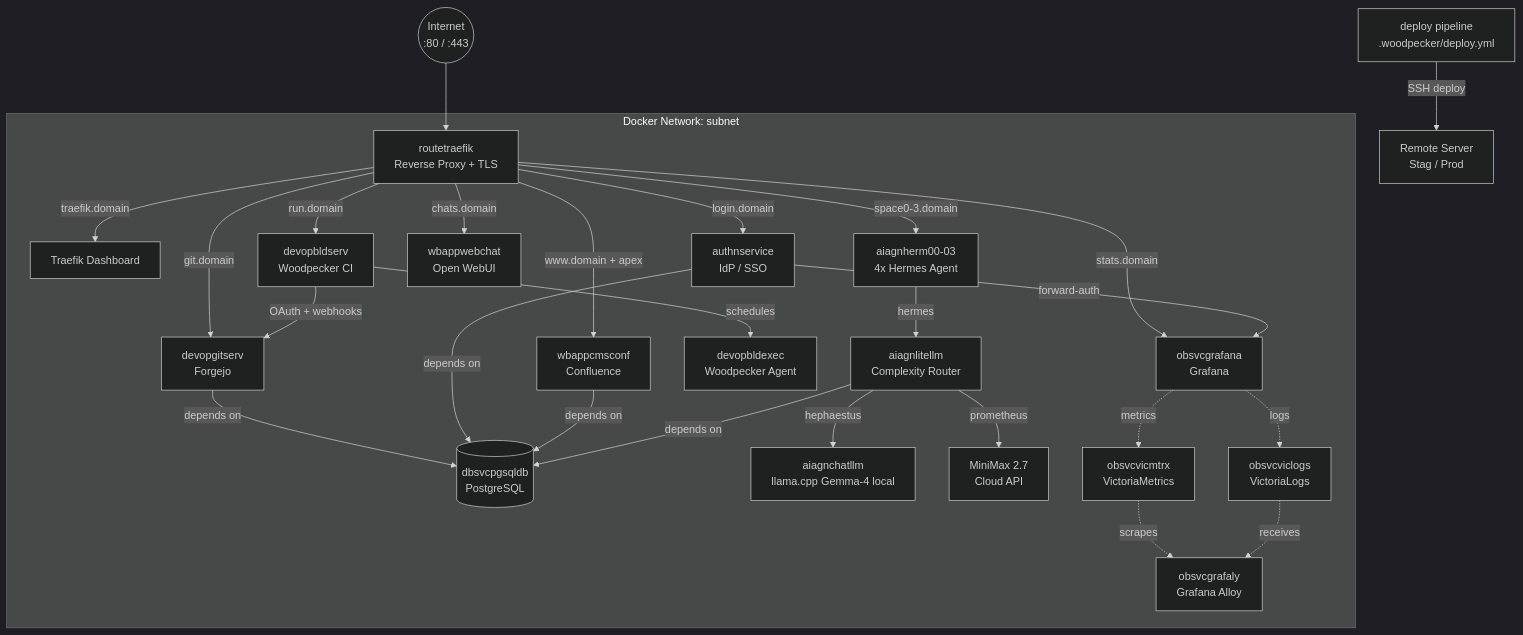
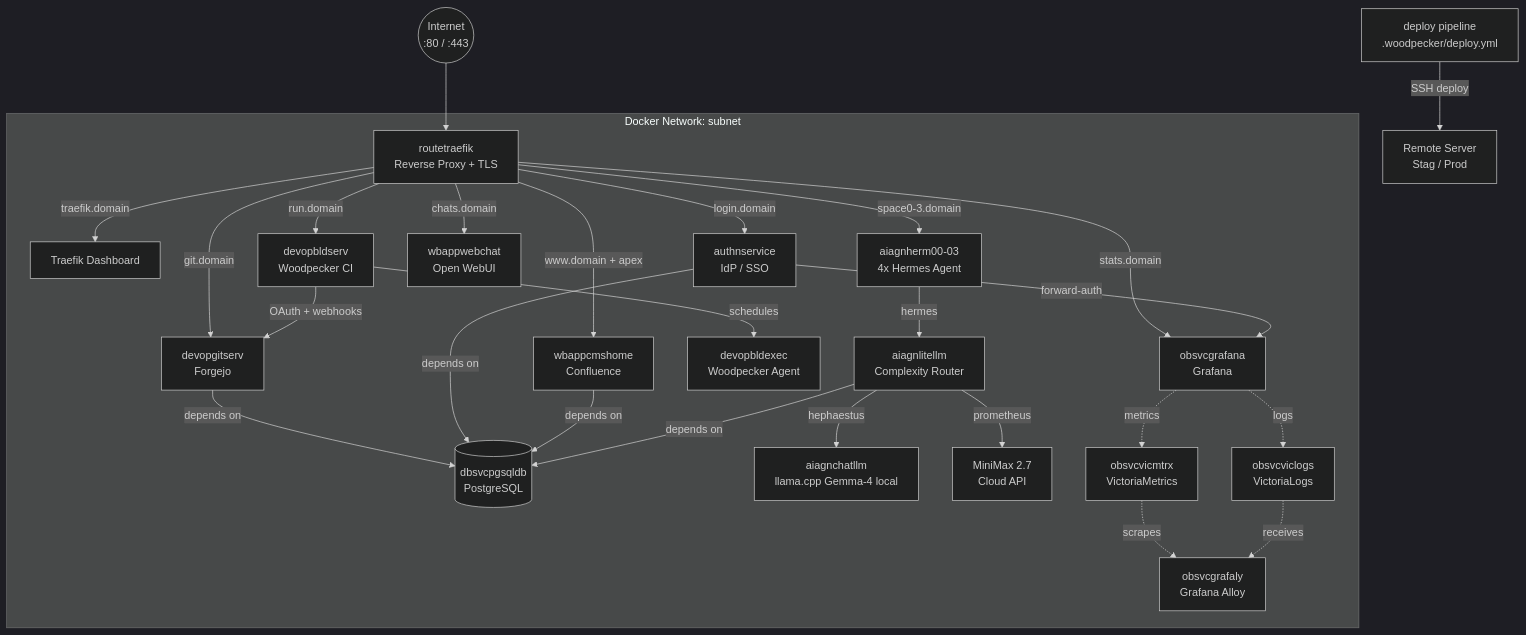
One commit to yongxinL/servicehub changed the first of 2 diagrams in README.md. Above: the diagram before and after it, drawn with Mermaid (dark theme). The commit also changed other lines of this file and 6 other files, not shown here.

First line of the commit message:
refactor(wbapp,devop): rename Confluence service to wbappcmshome and simplify depends_on

````diff
--- a/README.md
+++ b/README.md
@@ -42,33 +42,33 @@
 ```mermaid
 graph TD
     Internet((Internet\n:80 / :443))
     Internet --> Traefik
 
     subgraph subnet[Docker Network: subnet]
         Traefik[routetraefik\nReverse Proxy + TLS]
         Traefik -->|traefik.domain| Dashboard[Traefik Dashboard]
         Traefik -->|login.domain| Authentik[authnservice\nIdP / SSO]
         Traefik -->|git.domain| Forgejo[devopgitserv\nForgejo]
         Traefik -->|run.domain| Woodpecker[devopbldserv\nWoodpecker CI]
-        Traefik -->|www.domain + apex| Confluence[wbappcmsconf\nConfluence]
+        Traefik -->|www.domain + apex| Confluence[wbappcmshome\nConfluence]
         Traefik -->|chats.domain| OpenWebUI[wbappwebchat\nOpen WebUI]
         Traefik -->|space0-3.domain| Hermes[aiagnherm00-03\n4x Hermes Agent]
         Traefik -->|stats.domain| Grafana[obsvcgrafana\nGrafana]
         Authentik -->|forward-auth| Grafana
         Forgejo -->|depends on| PostgreSQL[(dbsvcpgsqldb\nPostgreSQL)]
         Authentik -->|depends on| PostgreSQL
         Confluence -->|depends on| PostgreSQL
         Woodpecker -->|OAuth + webhooks| Forgejo
         Woodpecker -->|schedules| Agent[devopbldexec\nWoodpecker Agent]
         Hermes -->|hermes| LiteLLM[aiagnlitellm\nComplexity Router]
         LiteLLM -->|depends on| PostgreSQL
         LiteLLM -->|hephaestus| Gemma[aiagnchatllm\nllama.cpp Gemma-4 local]
         LiteLLM -->|prometheus| MiniMax[MiniMax 2.7\nCloud API]
         Grafana -.->|metrics| VM[obsvcvicmtrx\nVictoriaMetrics]
         Grafana -.->|logs| VL[obsvcviclogs\nVictoriaLogs]
         VM -.->|scrapes| Alloy[obsvcgrafaly\nGrafana Alloy]
         VL -.->|receives| Alloy
     end
 
     WPDeploy[deploy pipeline\n.woodpecker/deploy.yml] -->|SSH deploy| RemoteServer[Remote Server\nStag / Prod]
 ```
````
